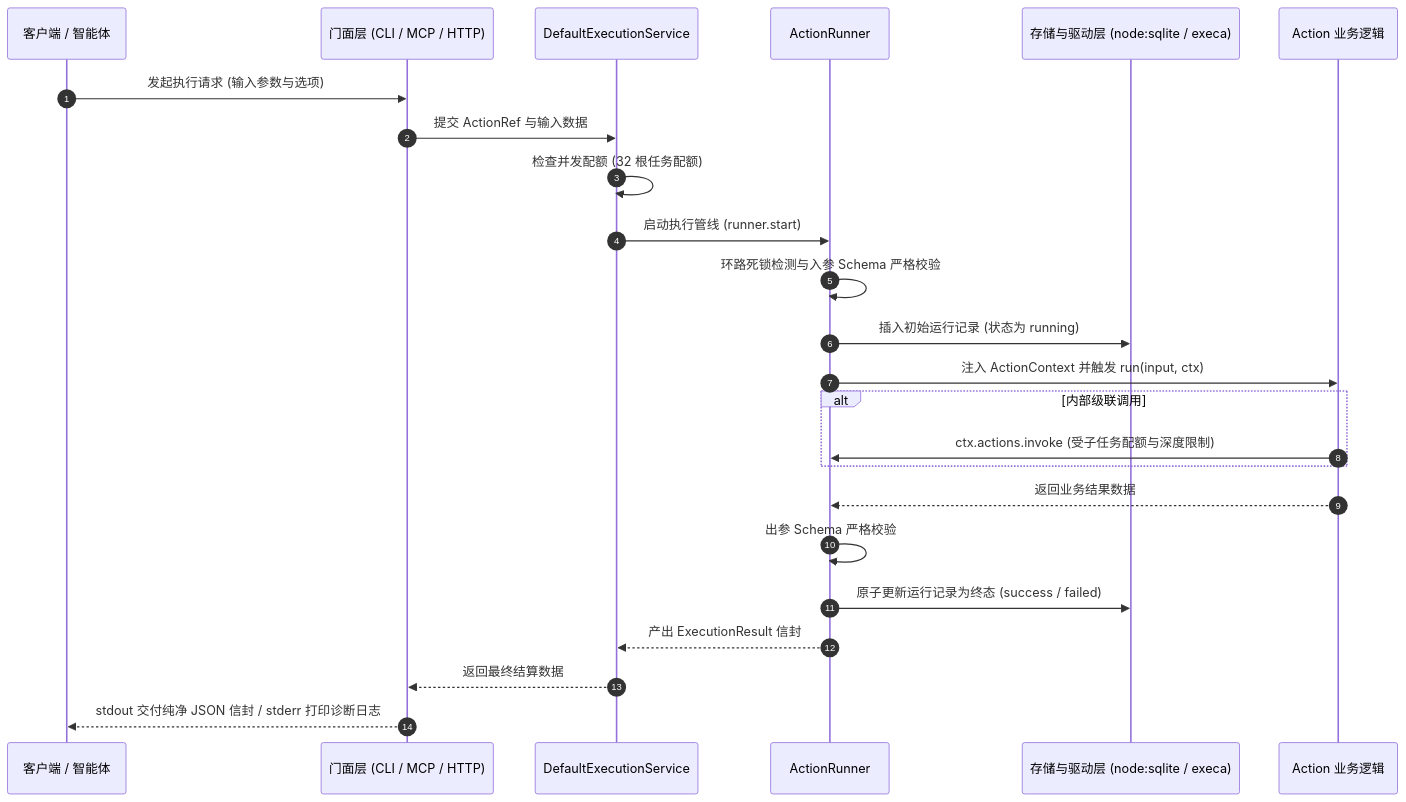
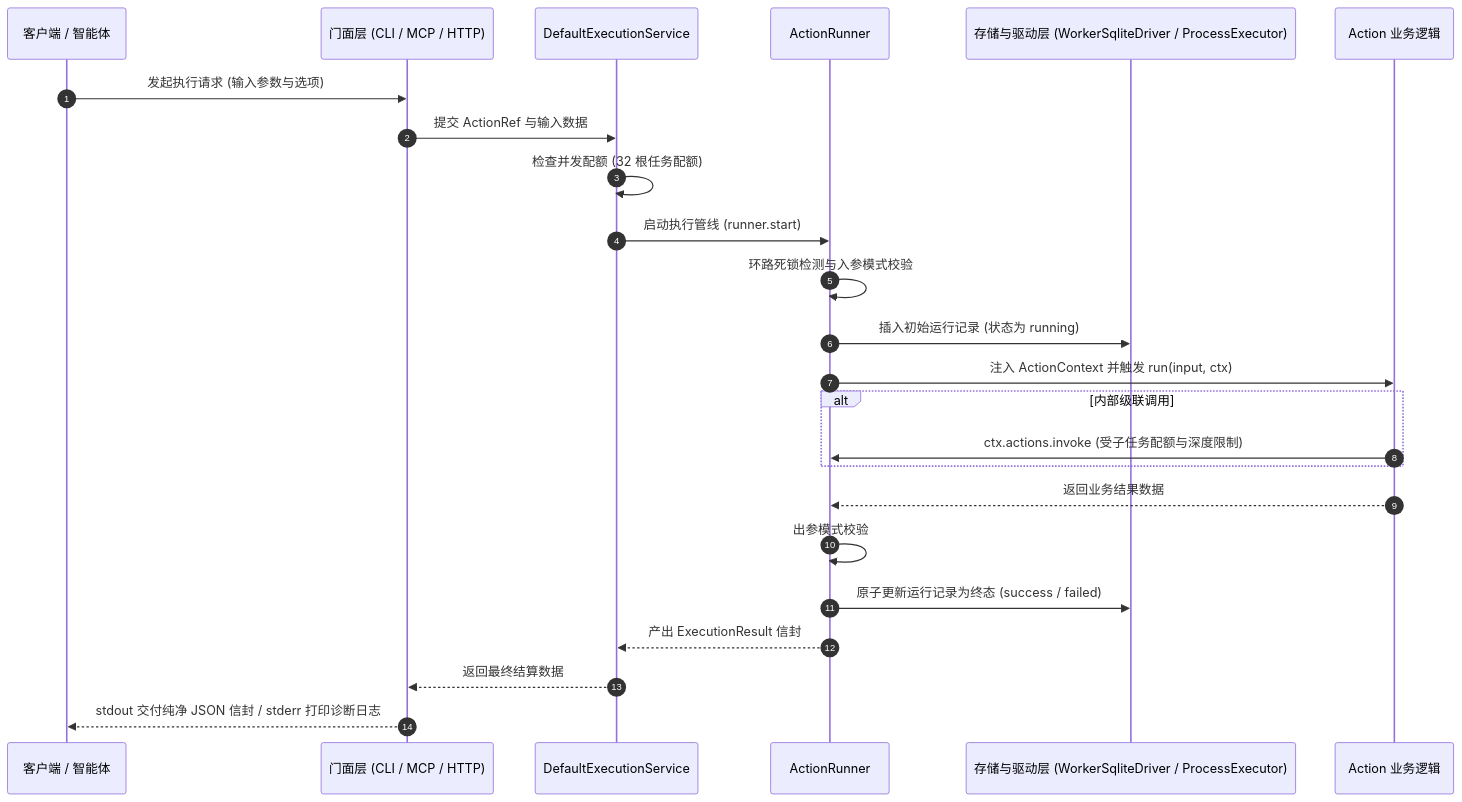
Before and after one commit to team4u/actiondock: the third of 3 diagrams in docs/getting-started/overview.md, drawn with Mermaid. The commit also changed other lines of this file and 131 other files, not shown here.

````diff
--- a/docs/getting-started/overview.md
+++ b/docs/getting-started/overview.md
@@ -122,27 +121,27 @@
 ```mermaid
 sequenceDiagram
     autonumber
     participant Client as 客户端 / 智能体
     participant Facade as 门面层 (CLI / MCP / HTTP)
     participant ExecService as DefaultExecutionService
     participant Runner as ActionRunner
-    participant Driver as 存储与驱动层 (node:sqlite / execa)
+    participant Driver as 存储与驱动层 (WorkerSqliteDriver / ProcessExecutor)
     participant Action as Action 业务逻辑
 
     Client->>Facade: 发起执行请求 (输入参数与选项)
     Facade->>ExecService: 提交 ActionRef 与输入数据
     ExecService->>ExecService: 检查并发配额 (32 根任务配额)
     ExecService->>Runner: 启动执行管线 (runner.start)
-    Runner->>Runner: 环路死锁检测与入参 Schema 严格校验
+    Runner->>Runner: 环路死锁检测与入参模式校验
     Runner->>Driver: 插入初始运行记录 (状态为 running)
     Runner->>Action: 注入 ActionContext 并触发 run(input, ctx)
     alt 内部级联调用
         Action->>Runner: ctx.actions.invoke (受子任务配额与深度限制)
     end
     Action-->>Runner: 返回业务结果数据
-    Runner->>Runner: 出参 Schema 严格校验
+    Runner->>Runner: 出参模式校验
     Runner->>Driver: 原子更新运行记录为终态 (success / failed)
     Runner-->>ExecService: 产出 ExecutionResult 信封
     ExecService-->>Facade: 返回最终结算数据
     Facade-->>Client: stdout 交付纯净 JSON 信封 / stderr 打印诊断日志
 ```
````
